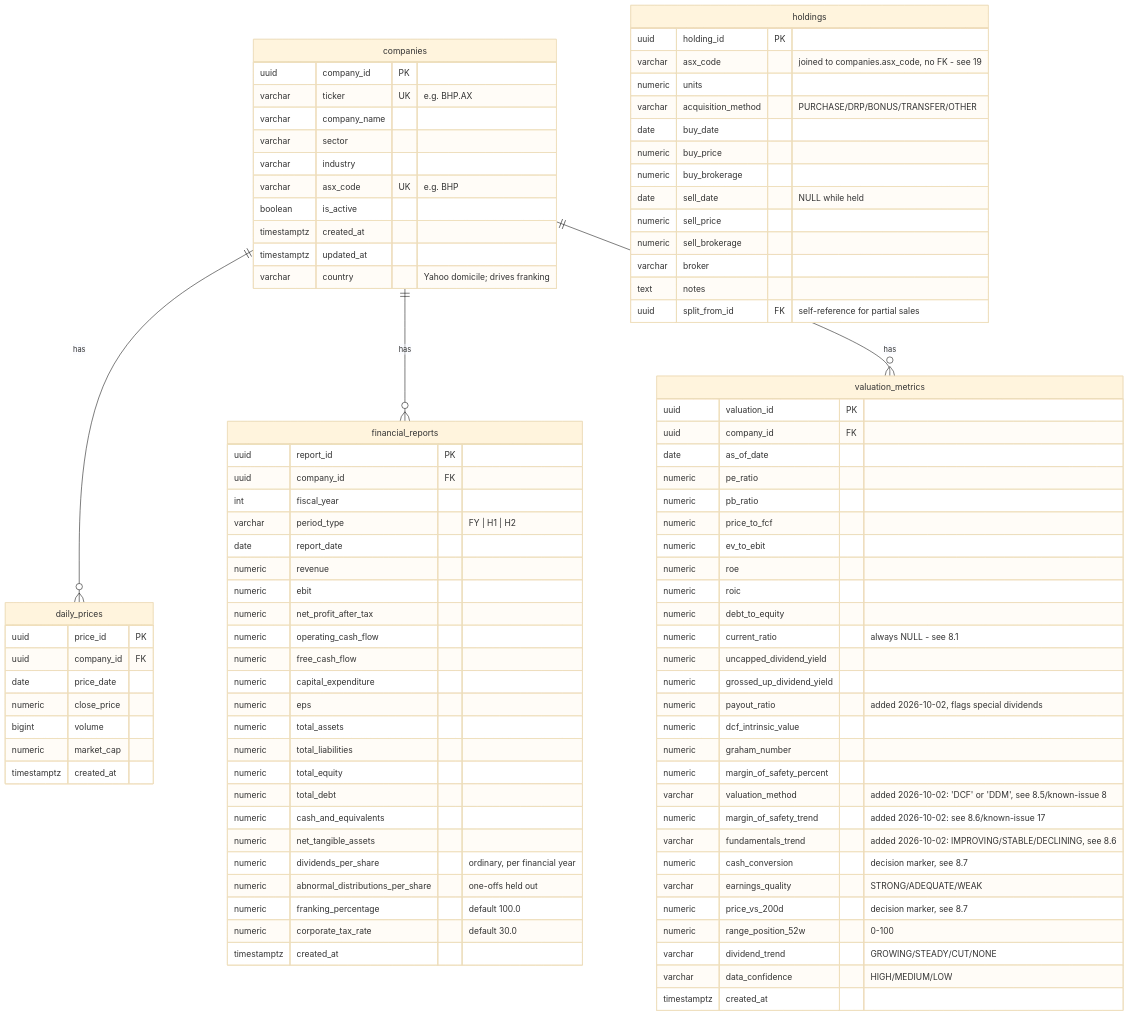
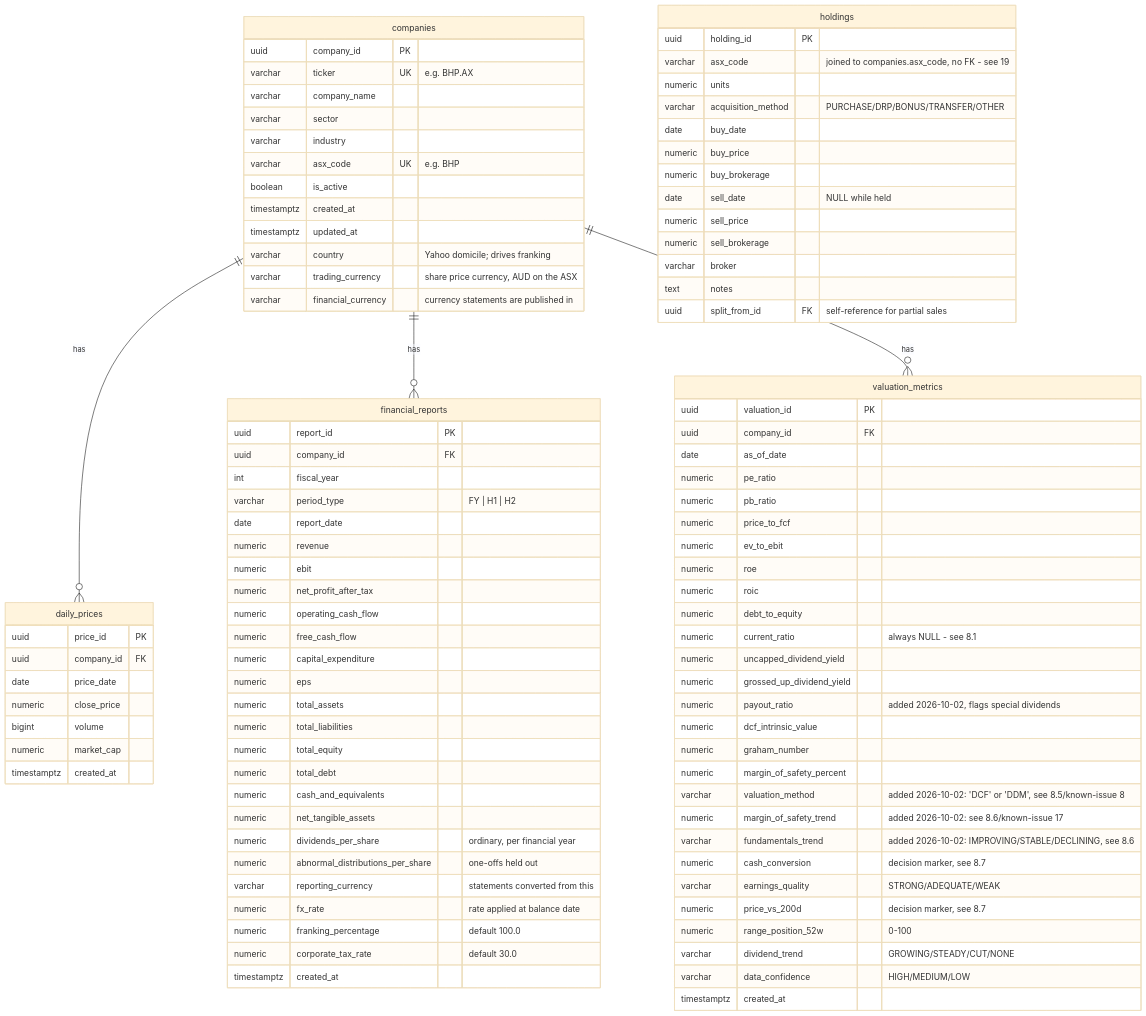
One commit to davidstangherlin/Portfolio changed the second of 2 diagrams in docs/AS_BUILT.md. Above: the diagram before and after it, drawn with Mermaid (base theme). The commit also changed other lines of this file and 13 other files, not shown here.

```diff
--- a/docs/AS_BUILT.md
+++ b/docs/AS_BUILT.md
@@ -162,6 +163,8 @@
         timestamptz created_at
         timestamptz updated_at
         varchar country "Yahoo domicile; drives franking"
+        varchar trading_currency "share price currency, AUD on the ASX"
+        varchar financial_currency "currency statements are published in"
     }
     daily_prices {
         uuid price_id PK
@@ -193,6 +196,8 @@
         numeric net_tangible_assets
         numeric dividends_per_share "ordinary, per financial year"
         numeric abnormal_distributions_per_share "one-offs held out"
+        varchar reporting_currency "statements converted from this"
+        numeric fx_rate "rate applied at balance date"
         numeric franking_percentage "default 100.0"
         numeric corporate_tax_rate "default 30.0"
         timestamptz created_at
```
